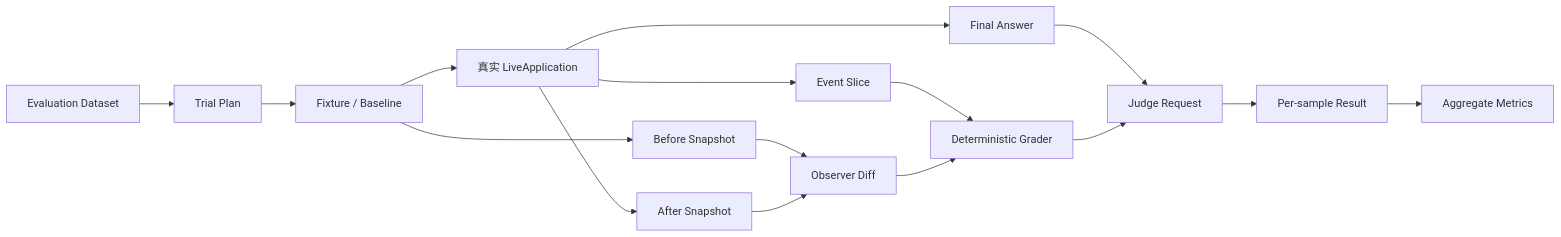
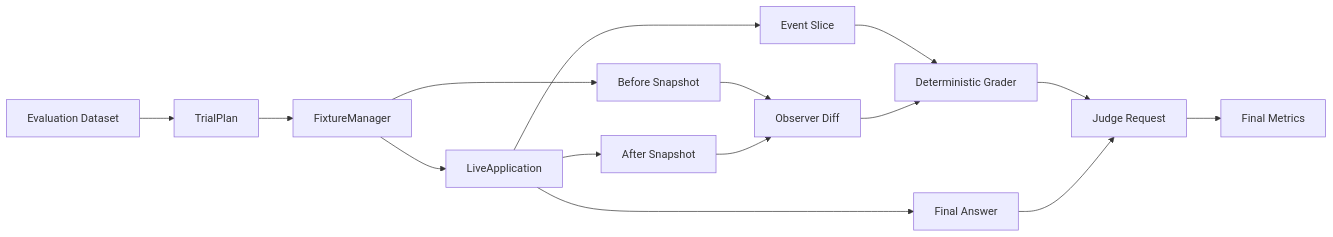
One commit to Arthur999459up/GitAgent changed the first of 14 diagrams in docs/14-evaluation-design.md. Above: the diagram before and after it, drawn with Mermaid. The commit also changed other lines of this file and 16 other files, not shown here.

````diff
--- a/docs/14-evaluation-design.md
+++ b/docs/14-evaluation-design.md
@@ -13,18 +41,17 @@
 ```mermaid
 flowchart LR
-    D[Evaluation Dataset] --> P[Trial Plan]
-    P --> F[Fixture / Baseline]
-    F --> A[真实 LiveApplication]
-    A --> E[Event Slice]
-    A --> O[Final Answer]
+    D[Evaluation Dataset] --> P[TrialPlan]
+    P --> F[FixtureManager]
     F --> B[Before Snapshot]
-    A --> C[After Snapshot]
-    B --> DIFF[Observer Diff]
-    C --> DIFF
+    F --> L[LiveApplication]
+    L --> E[Event Slice]
+    L --> A[Final Answer]
+    L --> C[After Snapshot]
+    B --> O[Observer Diff]
+    C --> O
     E --> G[Deterministic Grader]
-    DIFF --> G
-    O --> J[Judge Request]
-    G --> J
-    J --> R[Per-sample Result]
-    R --> M[Aggregate Metrics]
+    O --> G
+    G --> J[Judge Request]
+    A --> J
+    J --> M[Final Metrics]
 ```
````
